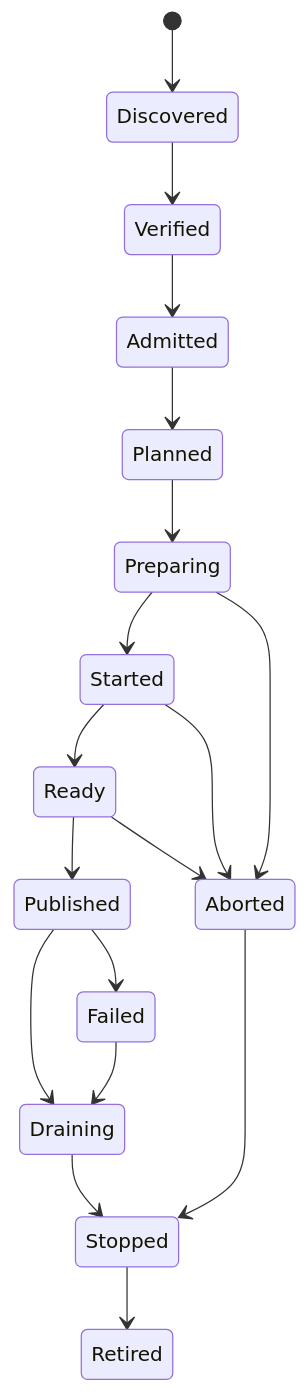
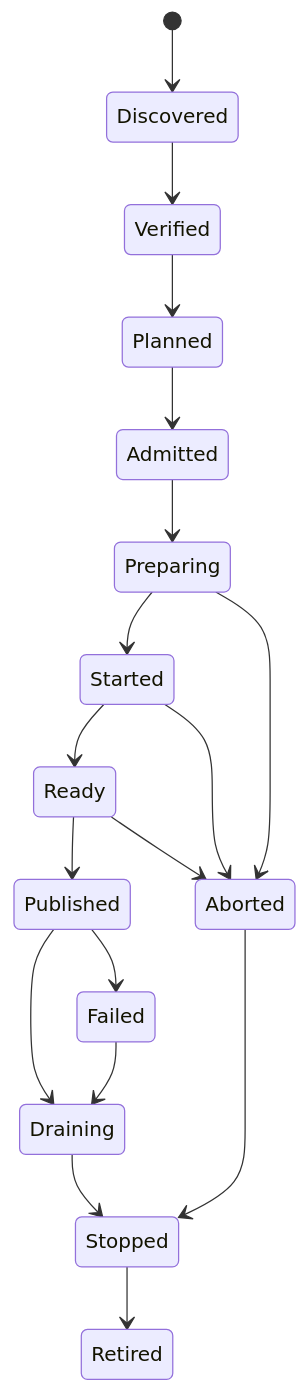
Before and after one commit to agent-teams-ai/extension-foundation: the first of 5 diagrams in docs/qualification/universal-module-extension-system/lifecycle-and-concurrency.md, drawn with Mermaid. The commit also changed other lines of this file and 25 other files, not shown here.

Commit message:
fix(qualification): close module architecture review gaps

````diff
--- a/docs/qualification/universal-module-extension-system/lifecycle-and-concurrency.md
+++ b/docs/qualification/universal-module-extension-system/lifecycle-and-concurrency.md
@@ -34,21 +42,21 @@
 ```mermaid
 stateDiagram-v2
     [*] --> Discovered
     Discovered --> Verified
-    Verified --> Admitted
-    Admitted --> Planned
-    Planned --> Preparing
+    Verified --> Planned
+    Planned --> Admitted
+    Admitted --> Preparing
     Preparing --> Started
     Started --> Ready
     Ready --> Published
     Published --> Draining
     Draining --> Stopped
     Stopped --> Retired
 
     Preparing --> Aborted
     Started --> Aborted
     Ready --> Aborted
     Aborted --> Stopped
     Published --> Failed
     Failed --> Draining
 ```
````
